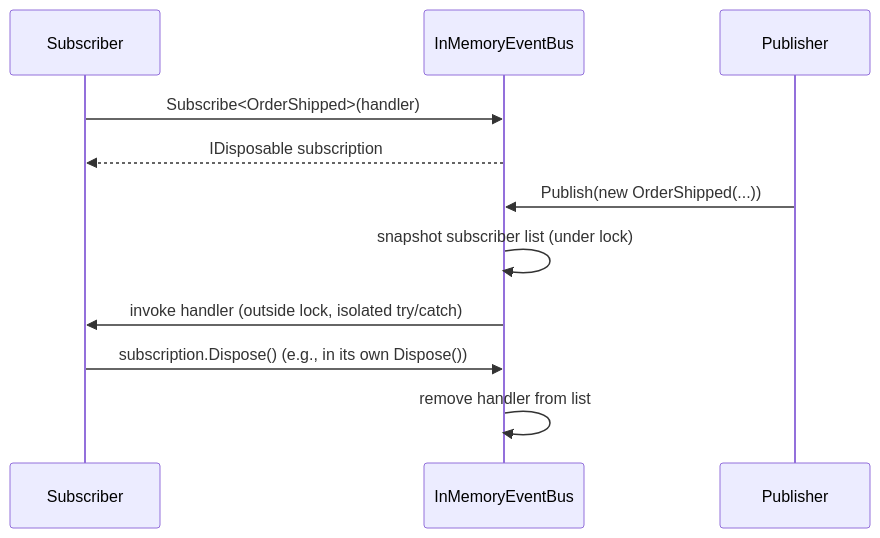
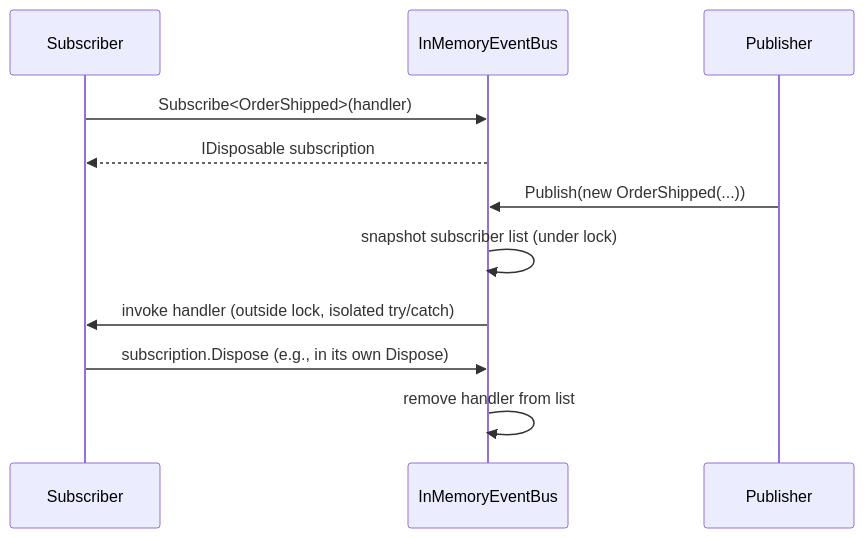
Before and after one commit to umashankarp/InterviewQuestions: the fifth of 5 diagrams in 01-CSharp/04-Delegates-Events-Closures.md, drawn with Mermaid. The commit also changed other lines of this file and 173 other files, not shown here.

````diff
--- a/01-CSharp/04-Delegates-Events-Closures.md
+++ b/01-CSharp/04-Delegates-Events-Closures.md
@@ -704,14 +704,14 @@
 ```mermaid
 sequenceDiagram
-    participant Sub as Subscriber
-    participant Bus as InMemoryEventBus
-    participant Pub as Publisher
+ participant Sub as Subscriber
+ participant Bus as InMemoryEventBus
+ participant Pub as Publisher
 
-    Sub->>Bus: Subscribe<OrderShipped>(handler)
-    Bus-->>Sub: IDisposable subscription
-    Pub->>Bus: Publish(new OrderShipped(...))
-    Bus->>Bus: snapshot subscriber list (under lock)
-    Bus->>Sub: invoke handler (outside lock, isolated try/catch)
-    Sub->>Bus: subscription.Dispose() (e.g., in its own Dispose())
-    Bus->>Bus: remove handler from list
+ Sub->>Bus: Subscribe<OrderShipped>(handler)
+ Bus-->>Sub: IDisposable subscription
+ Pub->>Bus: Publish(new OrderShipped(...))
+ Bus->>Bus: snapshot subscriber list (under lock)
+ Bus->>Sub: invoke handler (outside lock, isolated try/catch)
+ Sub->>Bus: subscription.Dispose (e.g., in its own Dispose)
+ Bus->>Bus: remove handler from list
 ```
````
